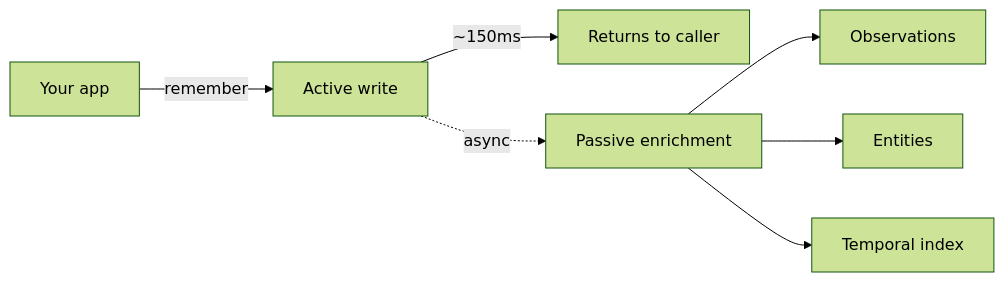
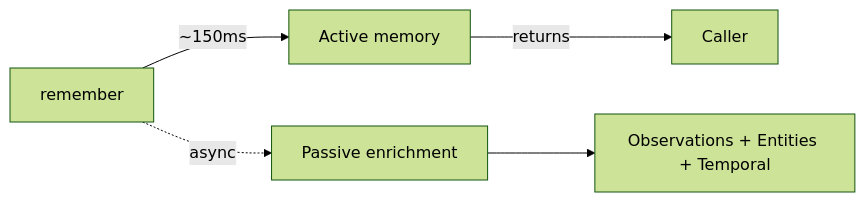
Before and after one commit to metacoglabs/docs: the first of 2 diagrams in concepts/memory-model.mdx, drawn with Mermaid (forest theme). The commit also changed other lines of this file and 16 other files, not shown here.

````diff
--- a/concepts/memory-model.mdx
+++ b/concepts/memory-model.mdx
@@ -24,9 +22,7 @@
 ```mermaid
 flowchart LR
-    A[Your app] -->|remember| B[Active write]
-    B -->|~150ms| C[Returns to caller]
-    B -.->|async| D[Passive enrichment]
-    D --> E[Observations]
-    D --> F[Entities]
-    D --> G[Temporal index]
+    A[remember] -->|~150ms| B[Active memory]
+    B -->|returns| C[Caller]
+    A -.->|async| D[Passive enrichment]
+    D --> E[Observations + Entities + Temporal]
 ```
````
